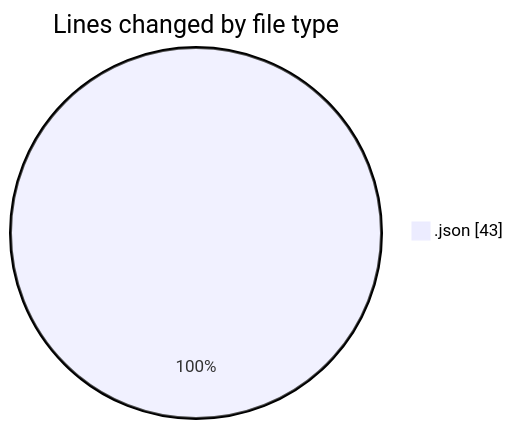
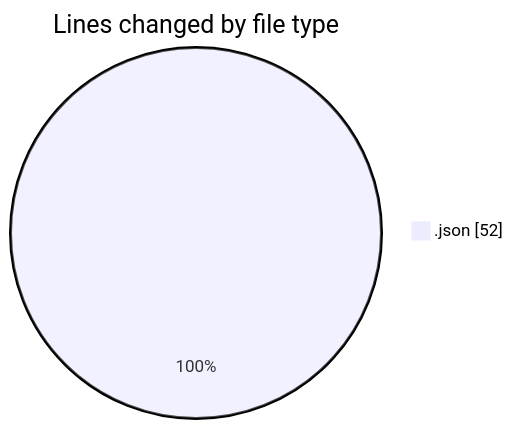
One commit to EIIisD/code-tracking changed the first of 2 diagrams in 2025-07-28/_gemini/README.md. Above: the diagram before and after it, drawn with Mermaid. The commit also changed other lines of this file and 1 other file, not shown here.

````diff
--- a/2025-07-28/_gemini/README.md
+++ b/2025-07-28/_gemini/README.md
@@ -20,5 +20,5 @@
 ```mermaid
 pie showData
 title Lines changed by file type
-".json" : 43
+".json" : 52
 ```
````
